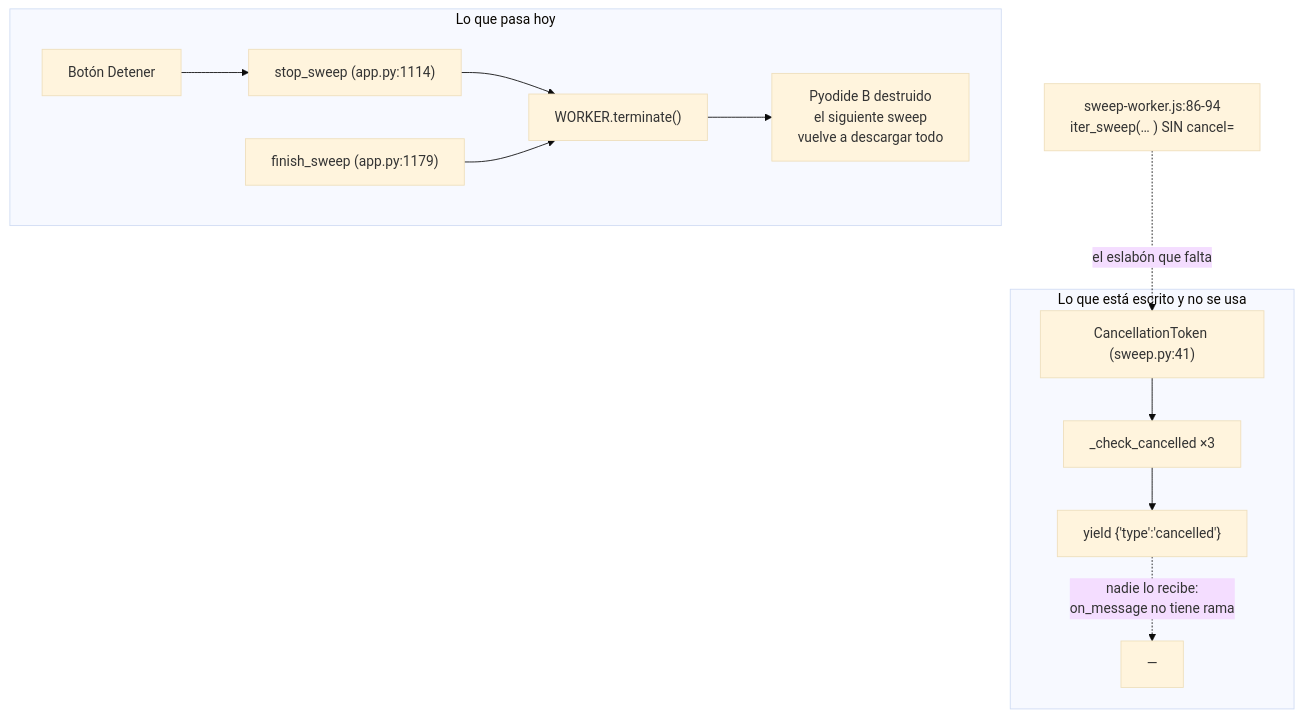
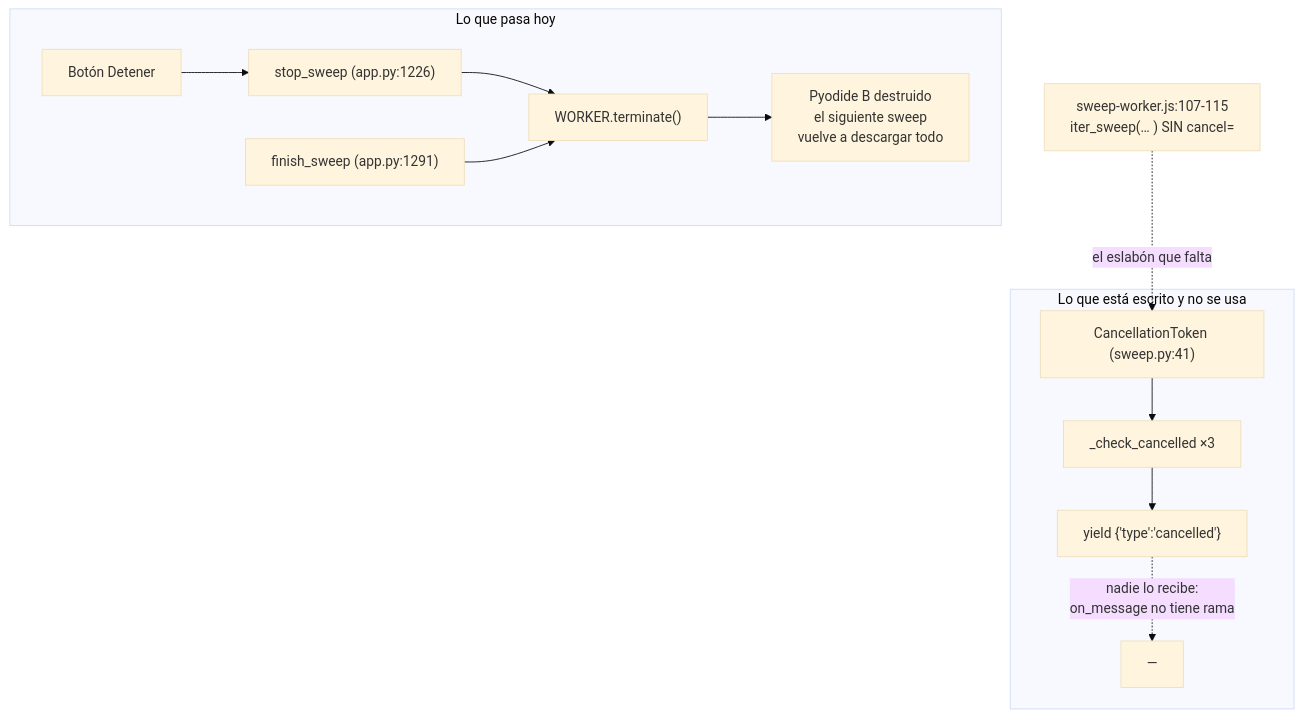
Before and after one commit to Rou-uu/consenso-simulador: the third of 4 diagrams in docs/09-invariantes-y-deuda.md, drawn with Mermaid (base theme). The commit also changed other lines of this file and 14 other files, not shown here.

````diff
--- a/docs/09-invariantes-y-deuda.md
+++ b/docs/09-invariantes-y-deuda.md
@@ -691,15 +741,15 @@
 ```mermaid
 graph TD
   subgraph hoy["Lo que pasa hoy"]
-    BTN["Botón Detener"] --> ST["stop_sweep (app.py:1114)"]
+    BTN["Botón Detener"] --> ST["stop_sweep (app.py:1226)"]
     ST --> TERM["WORKER.terminate()"]
     TERM --> DEAD["Pyodide B destruido<br/>el siguiente sweep<br/>vuelve a descargar todo"]
-    FIN["finish_sweep (app.py:1179)"] --> TERM
+    FIN["finish_sweep (app.py:1291)"] --> TERM
   end
   subgraph listo["Lo que está escrito y no se usa"]
     TOK["CancellationToken (sweep.py:41)"] --> CHK["_check_cancelled ×3"]
     CHK --> EV["yield {'type':'cancelled'}"]
     EV -.->|nadie lo recibe:<br/>on_message no tiene rama| NADA["—"]
   end
-  WK["sweep-worker.js:86-94<br/>iter_sweep(… ) SIN cancel="] -.->|el eslabón que falta| TOK
+  WK["sweep-worker.js:107-115<br/>iter_sweep(… ) SIN cancel="] -.->|el eslabón que falta| TOK
 ```
````
